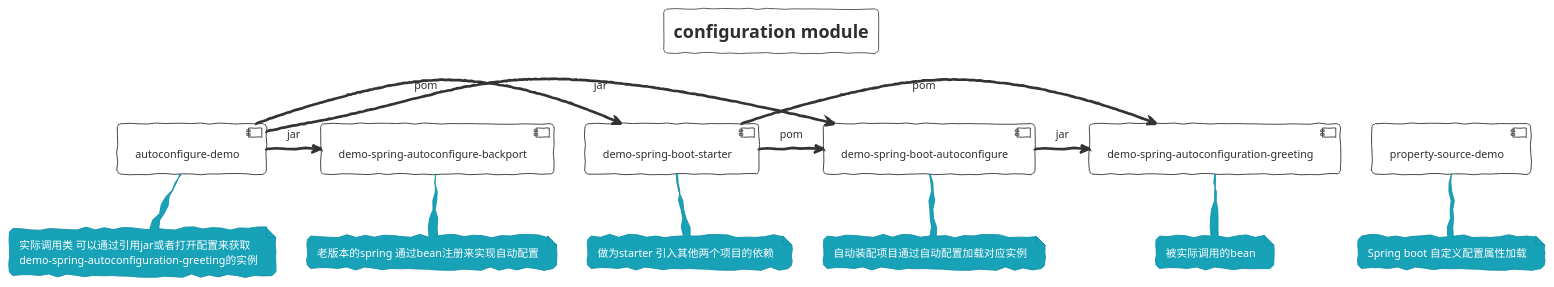
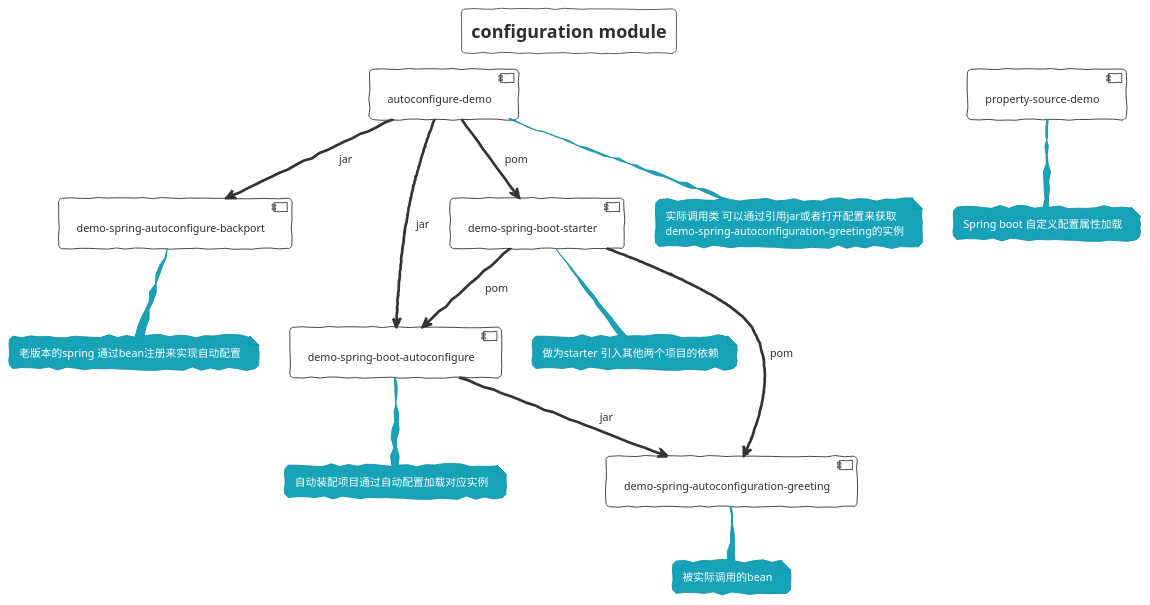
Before and after one commit to FantasybabyChange/springStudyProject: the diagram in spring-boot-configuration/Module.puml, drawn with PlantUML. The commit also changed 20 other files, not shown here.

```diff
--- a/spring-boot-configuration/Module.puml
+++ b/spring-boot-configuration/Module.puml
@@ -1,38 +1,38 @@
 @startuml CONFIGURATION_MODULE
 !theme sketchy-outline
 title configuration module
 [autoconfigure-demo] as ad
 [demo-spring-autoconfiguration-greeting] as dge
 [demo-spring-boot-autoconfigure] as dsa
 [demo-spring-autoconfigure-backport] as dacb
 [demo-spring-boot-starter] as dsbs
 
 [property-source-demo] as psd
 note bottom of dge
    被实际调用的bean
 end note
 note bottom of dsa
    自动装配项目通过自动配置加载对应实例
 end note
 note bottom of ad
    实际调用类 可以通过引用jar或者打开配置来获取
    demo-spring-autoconfiguration-greeting的实例
 end note
 note bottom of dacb
    老版本的spring 通过bean注册来实现自动配置
 end note
 
 note bottom of dsbs
 做为starter 引入其他两个项目的依赖
 end note
-dsbs->dge:pom
-dsbs->dsa:pom
-ad->dsbs:pom
-ad ->dsa:jar 
-dsa ->dge:jar 
-ad ->dacb:jar
+dsbs-->dge:pom
+dsbs-->dsa:pom
+ad -->dsbs:pom
+ad -->dsa:jar 
+dsa -->dge:jar 
+ad -->dacb:jar
 
 note bottom of psd
    Spring boot 自定义配置属性加载
 end note
 @enduml
```
